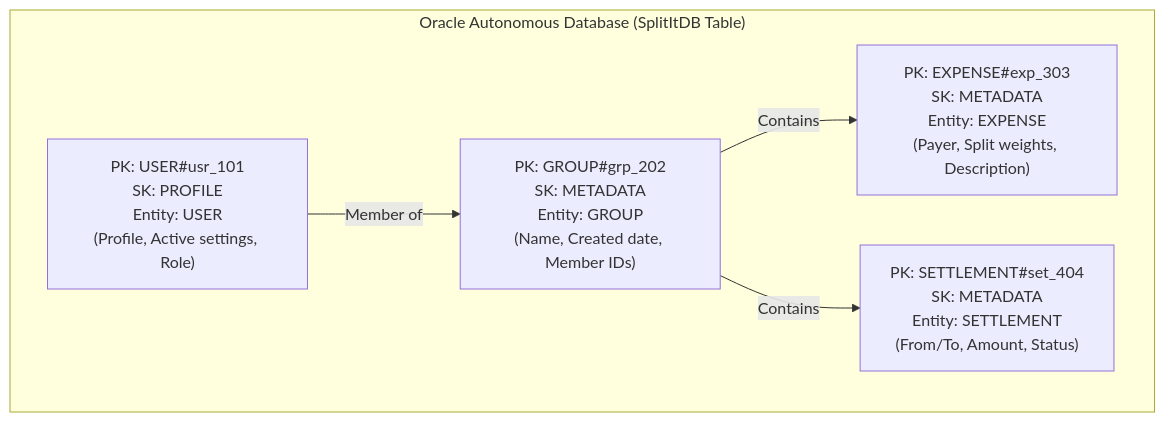
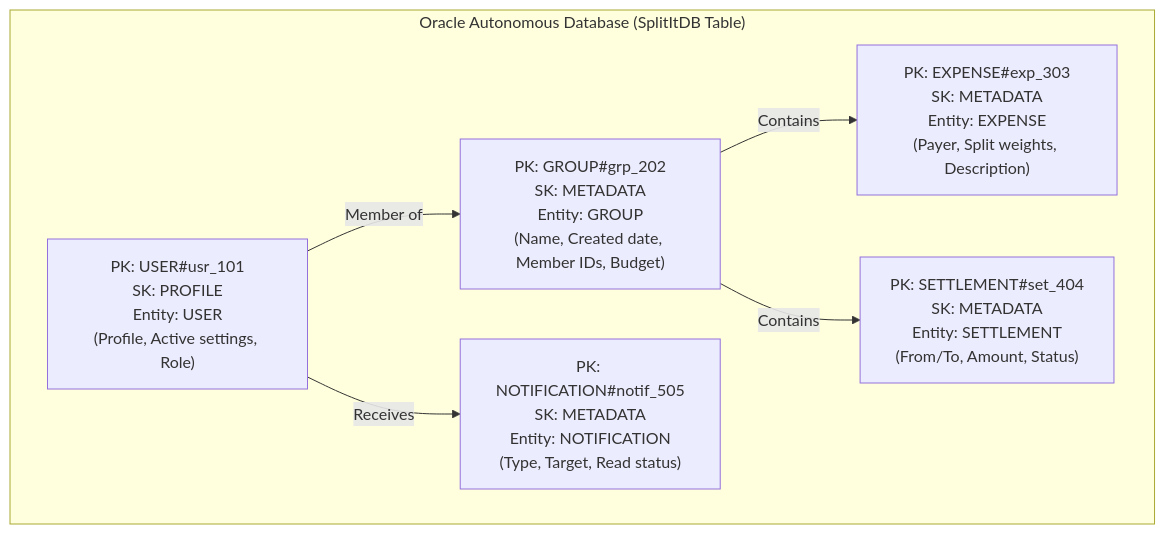
One commit to Yashraj-Jangra/SplitWise-Clone changed the second of 2 diagrams in README.md. Above: the diagram before and after it, drawn with Mermaid. The commit also changed other lines of this file and 1 other file, not shown here.

Commit message:
📝 add env example template and update readme with latest architecture and guides

````diff
--- a/README.md
+++ b/README.md
@@ -77,12 +94,14 @@
 ```mermaid
 graph TD
     subgraph "Oracle Autonomous Database (SplitItDB Table)"
         U["PK: USER#usr_101<br>SK: PROFILE<br>Entity: USER<br>(Profile, Active settings, Role)"]
-        G["PK: GROUP#grp_202<br>SK: METADATA<br>Entity: GROUP<br>(Name, Created date, Member IDs)"]
+        G["PK: GROUP#grp_202<br>SK: METADATA<br>Entity: GROUP<br>(Name, Created date, Member IDs, Budget)"]
         E["PK: EXPENSE#exp_303<br>SK: METADATA<br>Entity: EXPENSE<br>(Payer, Split weights, Description)"]
         S["PK: SETTLEMENT#set_404<br>SK: METADATA<br>Entity: SETTLEMENT<br>(From/To, Amount, Status)"]
+        N["PK: NOTIFICATION#notif_505<br>SK: METADATA<br>Entity: NOTIFICATION<br>(Type, Target, Read status)"]
     end
     U -->|Member of| G
     G -->|Contains| E
     G -->|Contains| S
+    U -->|Receives| N
 ```
````
